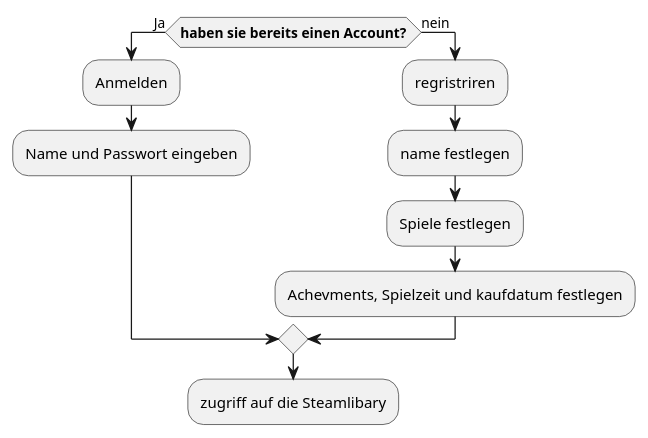
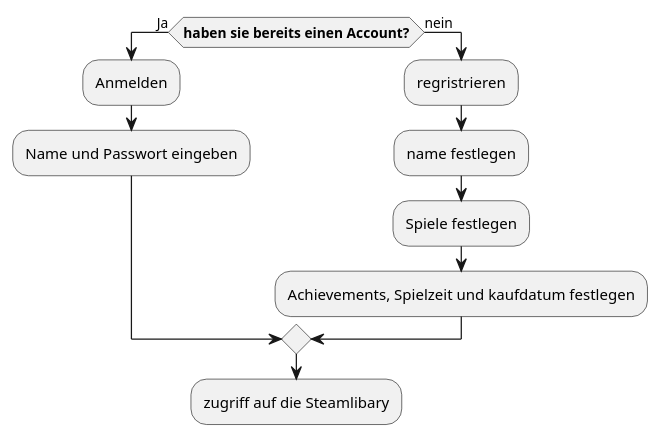
The diagram in Docs/Pflichtenheft/Diagramme/Aktivitätsdiagram.iuml (HEBK-BGM/Verwaltungssoftware_Team_3_TestGIt), drawn with PlantUML before and after one commit. The commit also changed 2 other files, not shown here.

Commit message:
Diagramme abgeändert

```diff
--- a/Docs/Pflichtenheft/Diagramme/Aktivitätsdiagram.iuml
+++ b/Docs/Pflichtenheft/Diagramme/Aktivitätsdiagram.iuml
@@ -1,14 +1,14 @@
 @startuml
 if (**haben sie bereits einen Account?**) then (Ja)
 :Anmelden;
 :Name und Passwort eingeben;
 else (nein)
-:regristriren;
+:regristrieren;
 :name festlegen;
 :Spiele festlegen;
-:Achevments, Spielzeit und kaufdatum festlegen;
+:Achievements, Spielzeit und kaufdatum festlegen;
 endif
 :zugriff auf die Steamlibary;
 
 
 @enduml
```
